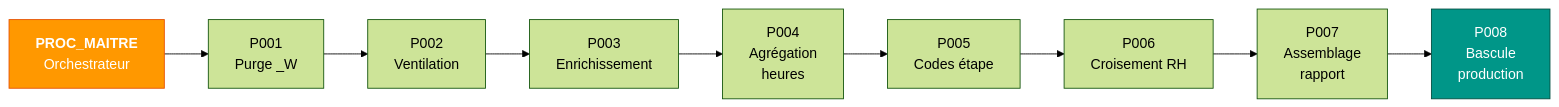
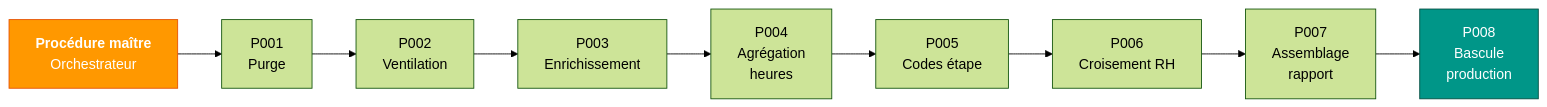
One commit to gpilliat/adestats-documentation changed the second of 3 diagrams in diagrammes/architecture.md. Above: the diagram before and after it, drawn with Mermaid (forest theme). The commit also changed other lines of this file, not shown here.

````diff
--- a/diagrammes/architecture.md
+++ b/diagrammes/architecture.md
@@ -64,17 +62,17 @@
 ```mermaid
 graph LR
-    M["<b>PROC_MAITRE</b><br/>Orchestrateur"]
-    P1["P001<br/>Purge _W"]
+    M["<b>Procédure maître</b><br/>Orchestrateur"]
+    P1["P001<br/>Purge"]
     P2["P002<br/>Ventilation"]
     P3["P003<br/>Enrichissement"]
     P4["P004<br/>Agrégation<br/>heures"]
     P5["P005<br/>Codes étape"]
     P6["P006<br/>Croisement RH"]
     P7["P007<br/>Assemblage<br/>rapport"]
     P8["P008<br/>Bascule<br/>production"]
 
     M --> P1 --> P2 --> P3 --> P4 --> P5 --> P6 --> P7 --> P8
 
     style M fill:#FF9800,stroke:#E65100,color:#fff
     style P8 fill:#009688,stroke:#004D40,color:#fff
 ```
````
